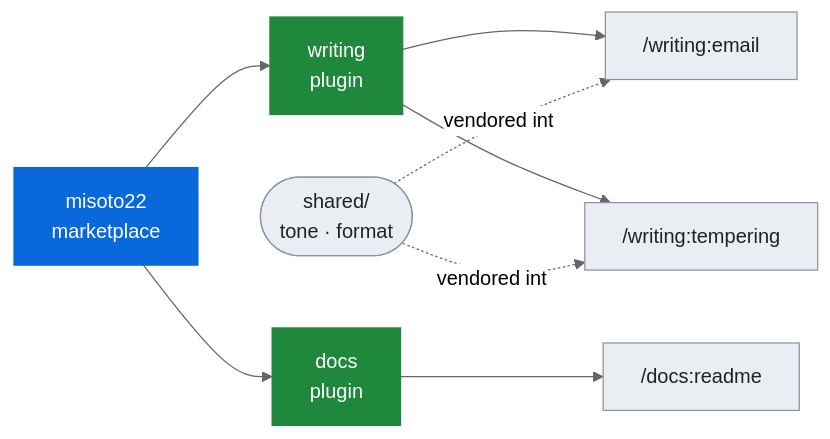
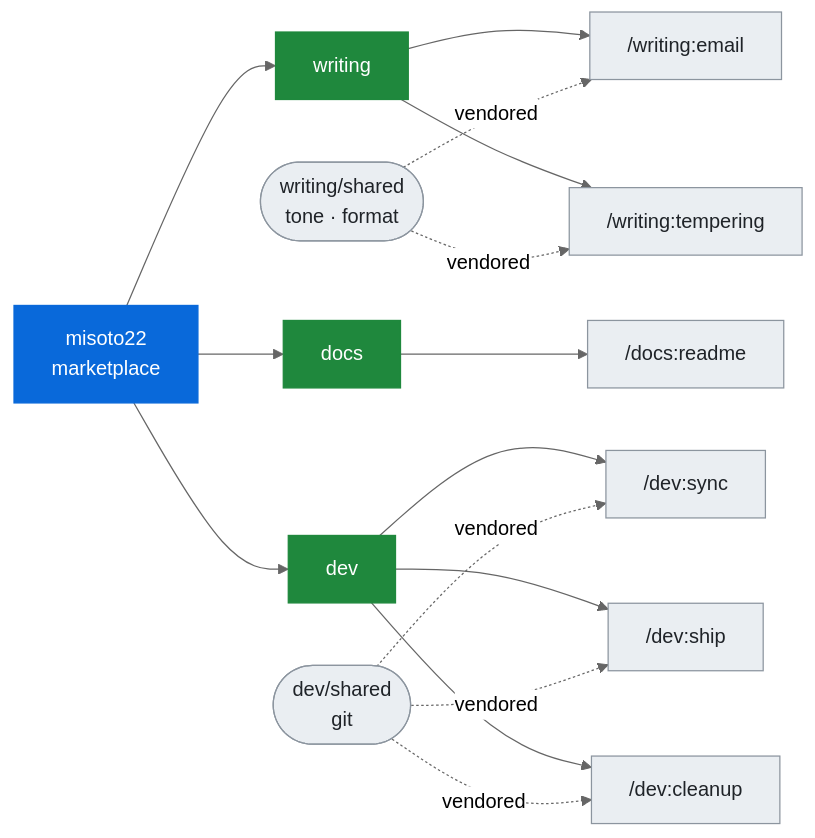
One commit to Misoto22/skills changed the diagram in README.md. Above: the diagram before and after it, drawn with Mermaid (neutral theme). The commit also changed other lines of this file and 2 other files, not shown here.

First line of the commit message:
Group the skills by plugin and cut the README by a third

````diff
--- a/README.md
+++ b/README.md
@@ -121,14 +125,16 @@
 ```mermaid
 flowchart LR
-  M["misoto22<br/>marketplace"] --> W["writing<br/>plugin"] & D["docs<br/>plugin"]
+  M["misoto22<br/>marketplace"] --> W["writing"] & D["docs"] & V["dev"]
   W --> E["/writing:email"] & T["/writing:tempering"]
   D --> R["/docs:readme"]
-  S(["shared/<br/>tone · format"]) -.vendored into.-> E & T
+  V --> SY["/dev:sync"] & SH["/dev:ship"] & CL["/dev:cleanup"]
+  SW(["writing/shared<br/>tone · format"]) -.vendored.-> E & T
+  SV(["dev/shared<br/>git"]) -.vendored.-> SY & SH & CL
 
   classDef m fill:#0969da,stroke:#0969da,color:#fff
   classDef p fill:#1f883d,stroke:#1f883d,color:#fff
   classDef s fill:#eaeef2,stroke:#8c959f,color:#1f2328
   class M m
-  class W,D p
-  class E,T,R,S s
+  class W,D,V p
+  class E,T,R,SY,SH,CL,SW,SV s
 ```
````
